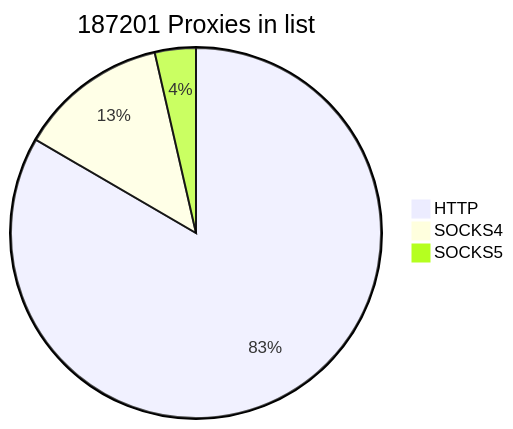
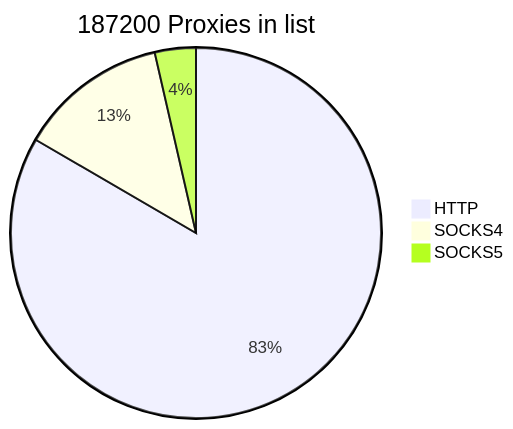
One commit to cutipu/proxylist changed the first of 2 diagrams in README.md. Above: the diagram before and after it, drawn with Mermaid. The commit also changed other lines of this file, not shown here.

````diff
--- a/README.md
+++ b/README.md
@@ -2,7 +2,7 @@
 ```mermaid
-pie title 187201 Proxies in list
-    "HTTP" : 156096
+pie title 187200 Proxies in list
+    "HTTP" : 156095
     "SOCKS4" : 24402
     "SOCKS5" : 6703
             
 ```
````
